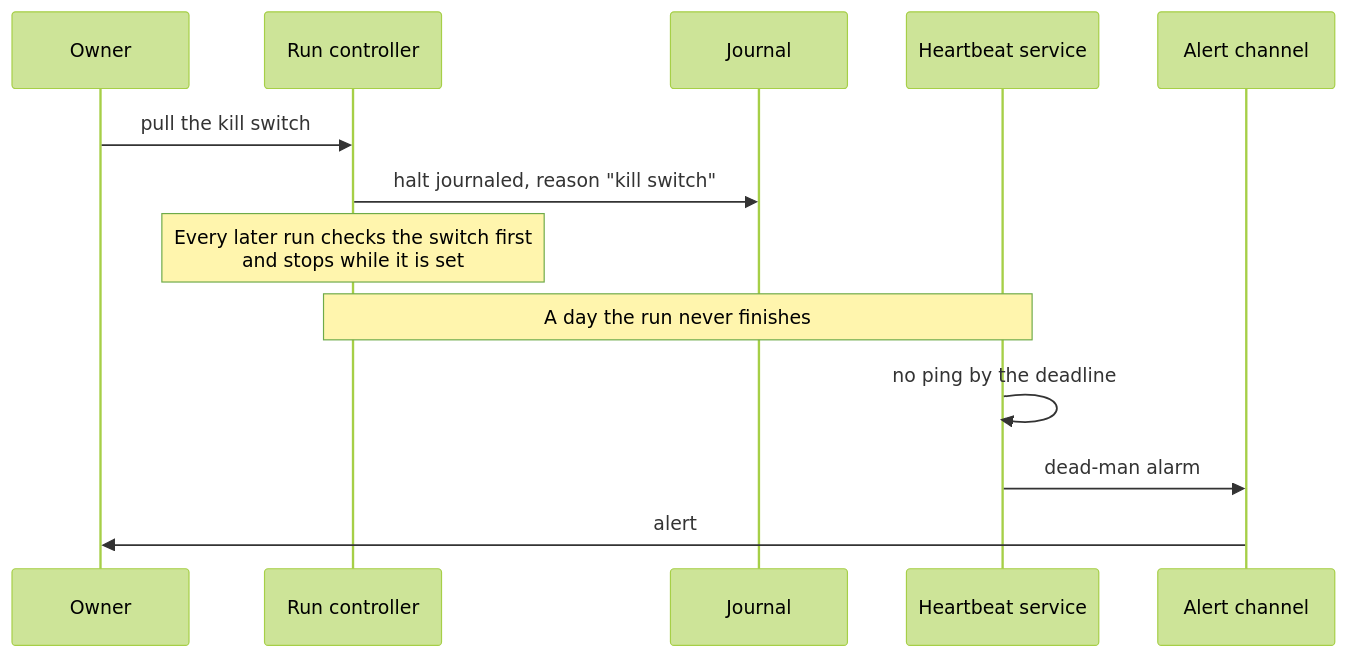
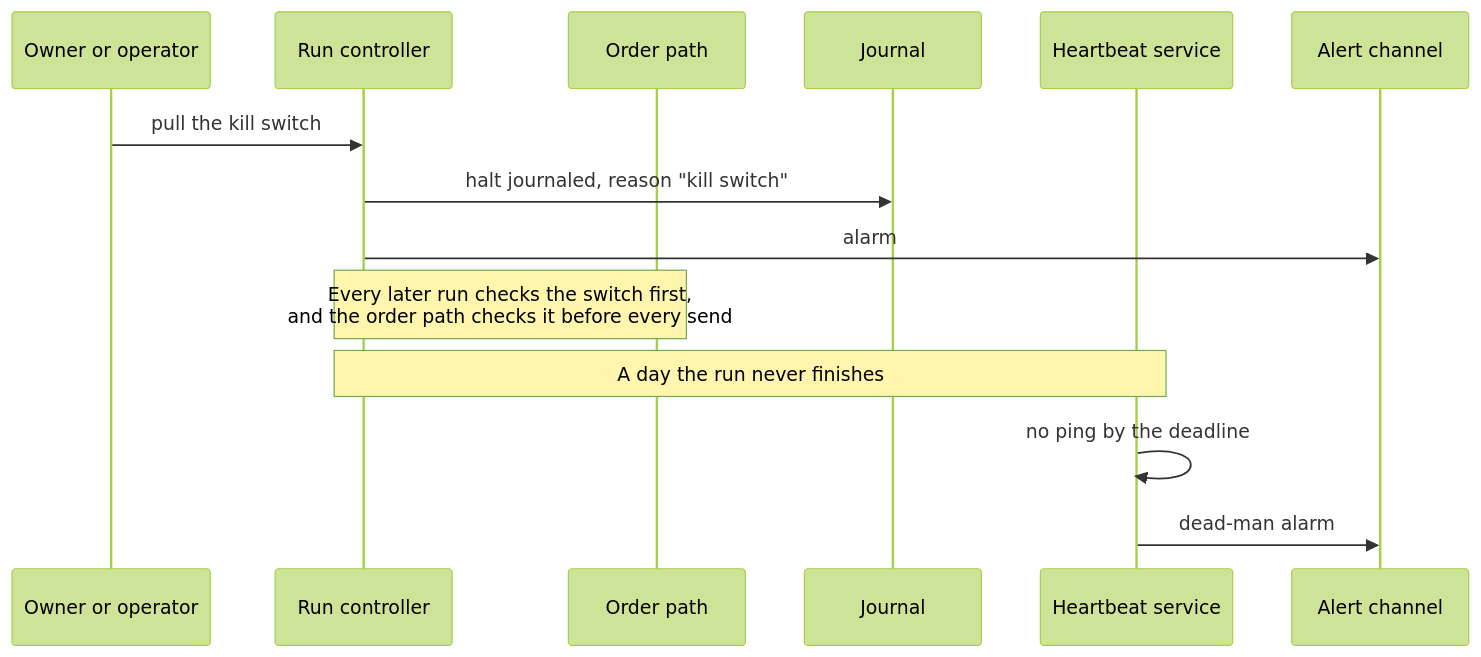
One commit to l3a0/ithildin-runtime changed the ninth of 16 diagrams in docs/architecture.md. Above: the diagram before and after it, drawn with Mermaid (forest theme). The commit also changed other lines of this file, not shown here.

First line of the commit message:
docs(architecture): apply the review's verified findings

````diff
--- a/docs/architecture.md
+++ b/docs/architecture.md
@@ -410,17 +536,18 @@
 ```mermaid
 sequenceDiagram
-    participant O as Owner
+    participant P as Owner or operator
     participant R as Run controller
+    participant X as Order path
     participant J as Journal
     participant H as Heartbeat service
     participant A as Alert channel
 
-    O->>R: pull the kill switch
+    P->>R: pull the kill switch
     R->>J: halt journaled, reason "kill switch"
-    Note over R: Every later run checks the switch first<br/>and stops while it is set
+    R->>A: alarm
+    Note over R,X: Every later run checks the switch first,<br/>and the order path checks it before every send
 
     Note over R,H: A day the run never finishes
     H->>H: no ping by the deadline
     H->>A: dead-man alarm
-    A->>O: alert
 ```
````
